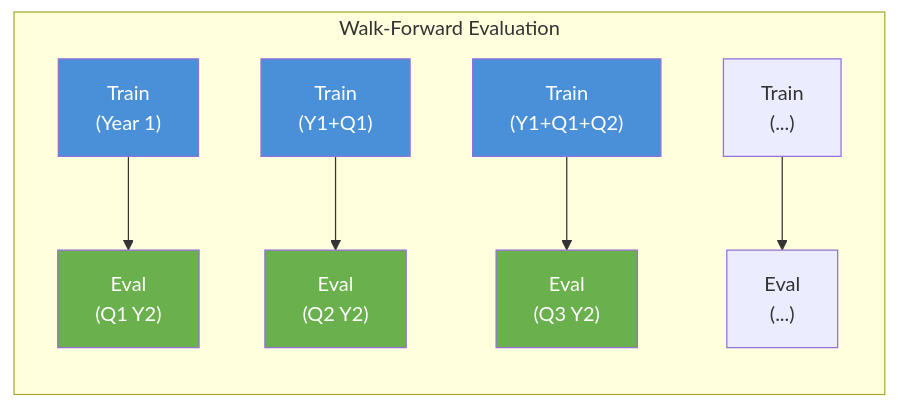
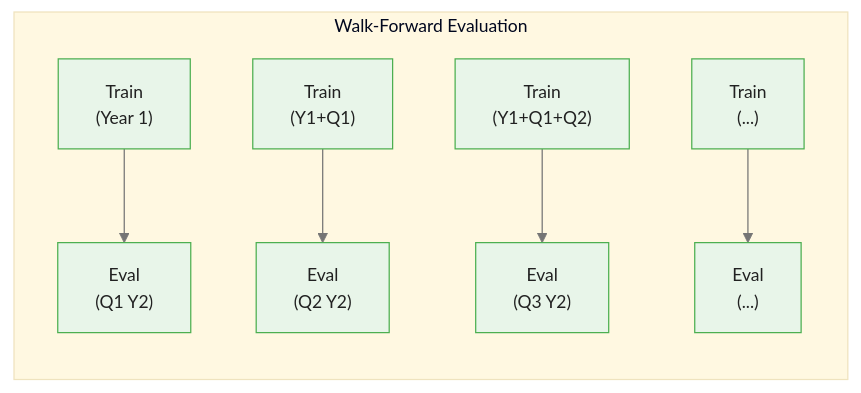
The third of 5 diagrams in courses/reinforcement-learning/modules/module_09_frontiers/guides/04_rl_for_trading_slides.md (m-deane/course-creator), drawn with Mermaid before and after one commit. The commit also changed other lines of this file and 131 other files, not shown here.

````diff
--- a/courses/reinforcement-learning/modules/module_09_frontiers/guides/04_rl_for_trading_slides.md
+++ b/courses/reinforcement-learning/modules/module_09_frontiers/guides/04_rl_for_trading_slides.md
@@ -227,15 +261,10 @@
 ```mermaid
+%%{init: {"theme": "base", "themeVariables": {"primaryColor": "#e8f5e9", "primaryBorderColor": "#4caf50", "primaryTextColor": "#212121", "secondaryColor": "#e3f2fd", "tertiaryColor": "#fff8e1", "lineColor": "#757575", "fontFamily": "Inter, sans-serif", "fontSize": "14px"}}}%%
 flowchart LR
     subgraph WF["Walk-Forward Evaluation"]
         T1["Train\n(Year 1)"] --> E1["Eval\n(Q1 Y2)"]
         T2["Train\n(Y1+Q1)"] --> E2["Eval\n(Q2 Y2)"]
         T3["Train\n(Y1+Q1+Q2)"] --> E3["Eval\n(Q3 Y2)"]
         T4["Train\n(...)"] --> E4["Eval\n(...)"]
     end
-    style T1 fill:#4A90D9,color:#fff
-    style T2 fill:#4A90D9,color:#fff
-    style T3 fill:#4A90D9,color:#fff
-    style E1 fill:#6ab04c,color:#fff
-    style E2 fill:#6ab04c,color:#fff
-    style E3 fill:#6ab04c,color:#fff
 ```
````
